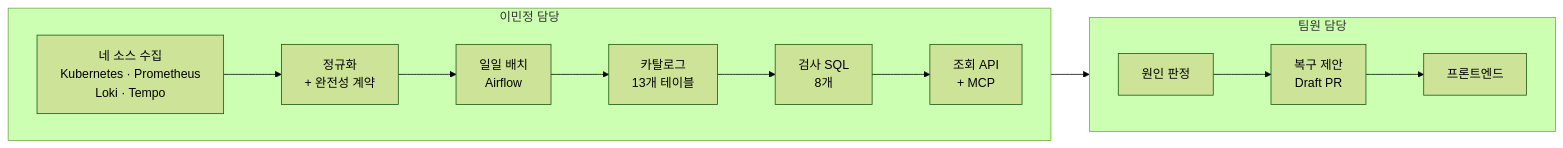
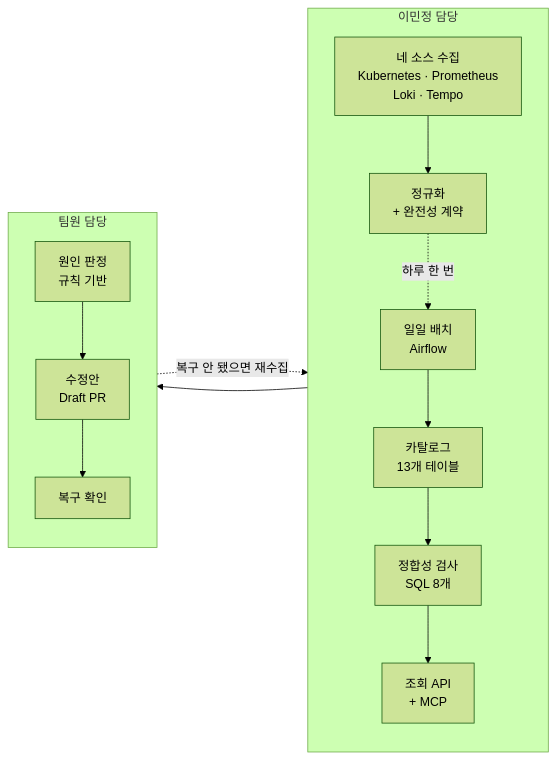
One commit to woonyong-kr/k8s-ops-min changed the diagram in README.md. Above: the diagram before and after it, drawn with Mermaid (forest theme). The commit also changed other lines of this file, not shown here.

First line of the commit message:
docs: README 도입부를 대상 사용자와 복구 흐름 중심으로 다시 쓰고 다이어그램을 맞춤

````diff
--- a/README.md
+++ b/README.md
@@ -13,13 +14,15 @@
 ```mermaid
 flowchart LR
     subgraph MINE ["이민정 담당"]
-        direction LR
+        direction TB
         S["네 소스 수집<br/>Kubernetes · Prometheus<br/>Loki · Tempo"] --> N["정규화<br/>+ 완전성 계약"]
-        N --> B["일일 배치<br/>Airflow"] --> C["카탈로그<br/>13개 테이블"] --> Q["검사 SQL<br/>8개"] --> A["조회 API<br/>+ MCP"]
+        B["일일 배치<br/>Airflow"] --> C["카탈로그<br/>13개 테이블"] --> Q["정합성 검사<br/>SQL 8개"] --> A["조회 API<br/>+ MCP"]
     end
     subgraph TEAM ["팀원 담당"]
-        direction LR
-        R["원인 판정"] --> G["복구 제안<br/>Draft PR"] --> F["프론트엔드"]
+        direction TB
+        R["원인 판정<br/>규칙 기반"] --> P["수정안<br/>Draft PR"] --> V["복구 확인"]
     end
     N --> R
+    V -. "복구 안 됐으면 재수집" .-> S
+    N -. "하루 한 번" .-> B
 ```
````
